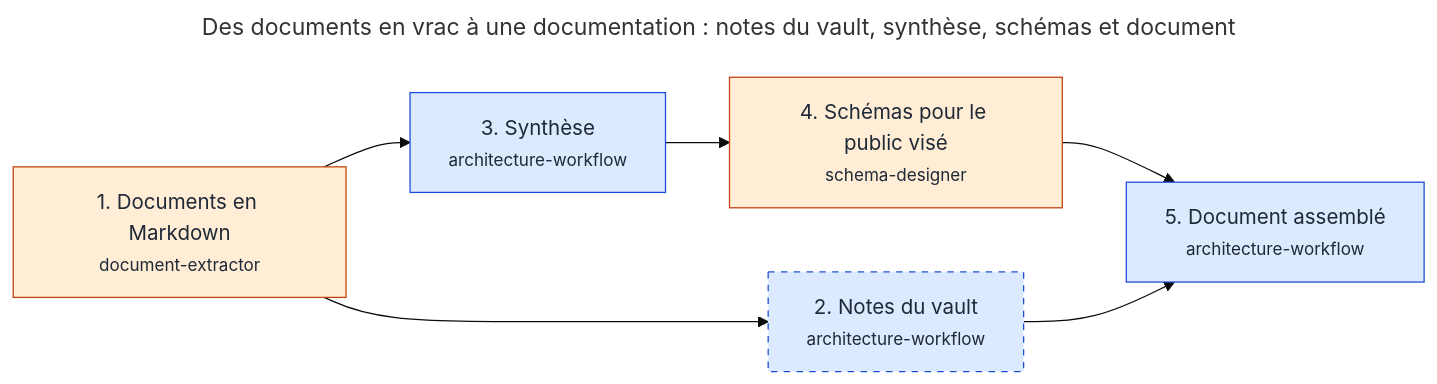
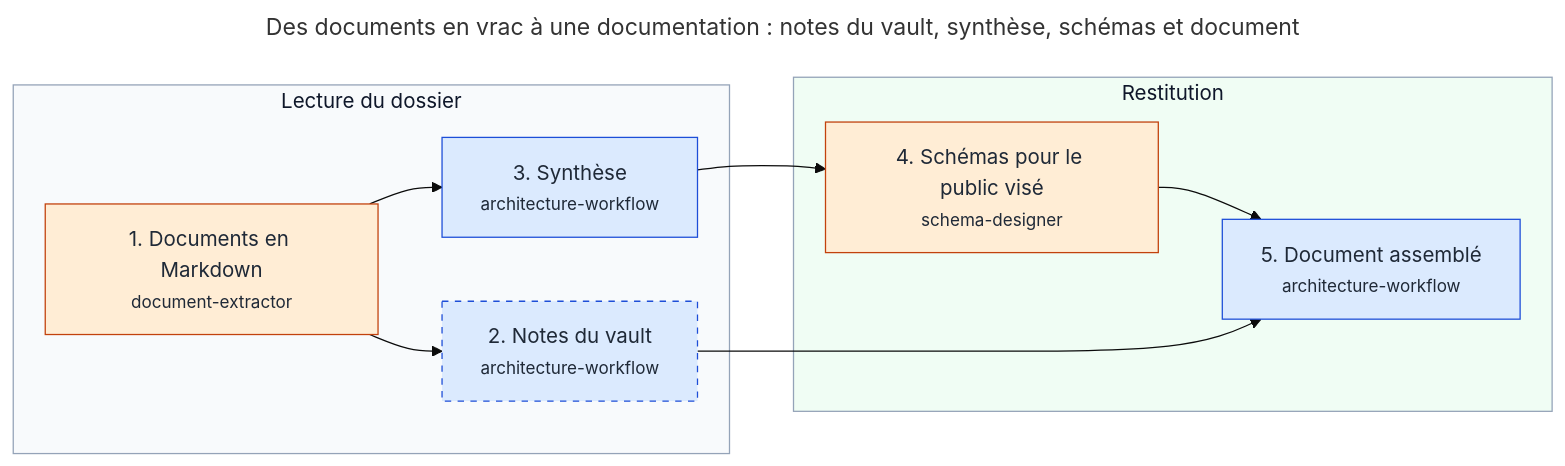
The diagram in docs/workflows/documentation.md (RenaudVanhille/myskills), drawn with Mermaid (base theme) before and after one commit. The commit also changed other lines of this file and 35 other files, not shown here.

````diff
--- a/docs/workflows/documentation.md
+++ b/docs/workflows/documentation.md
@@ -18,22 +18,29 @@
 ```mermaid
 ---
 title: "Des documents en vrac à une documentation : notes du vault, synthèse, schémas et document"
 ---
 flowchart LR
-  s_documents["1. Documents en Markdown<br/><small>document-extractor</small>"]
-  s_notes["2. Notes du vault<br/><small>architecture-workflow</small>"]
-  s_synthese["3. Synthèse<br/><small>architecture-workflow</small>"]
-  s_schemas["4. Schémas pour le public visé<br/><small>schema-designer</small>"]
-  s_document["5. Document assemblé<br/><small>architecture-workflow</small>"]
+  subgraph z_lecture["Lecture du dossier"]
+    s_documents["1. Documents en Markdown<br/><small>document-extractor</small>"]
+    s_notes["2. Notes du vault<br/><small>architecture-workflow</small>"]
+    s_synthese["3. Synthèse<br/><small>architecture-workflow</small>"]
+  end
+  style z_lecture fill:#f8fafc,stroke:#94a3b8,color:#0f172a
+  subgraph z_restitution["Restitution"]
+    s_schemas["4. Schémas pour le public visé<br/><small>schema-designer</small>"]
+    s_document["5. Document assemblé<br/><small>architecture-workflow</small>"]
+  end
+  style z_restitution fill:#f0fdf4,stroke:#94a3b8,color:#0f172a
   s_documents --> s_notes
   s_documents --> s_synthese
   s_synthese --> s_schemas
   s_schemas --> s_document
   s_notes --> s_document
+  s_synthese ~~~ s_schemas
   classDef moteur fill:#dbeafe,stroke:#1d4ed8,color:#1f2937
   classDef agent fill:#ffedd5,stroke:#c2410c,color:#1f2937
   classDef facultative stroke-dasharray:5 5
   class s_notes,s_synthese,s_document moteur
   class s_documents,s_schemas agent
   class s_notes facultative
 ```
````
